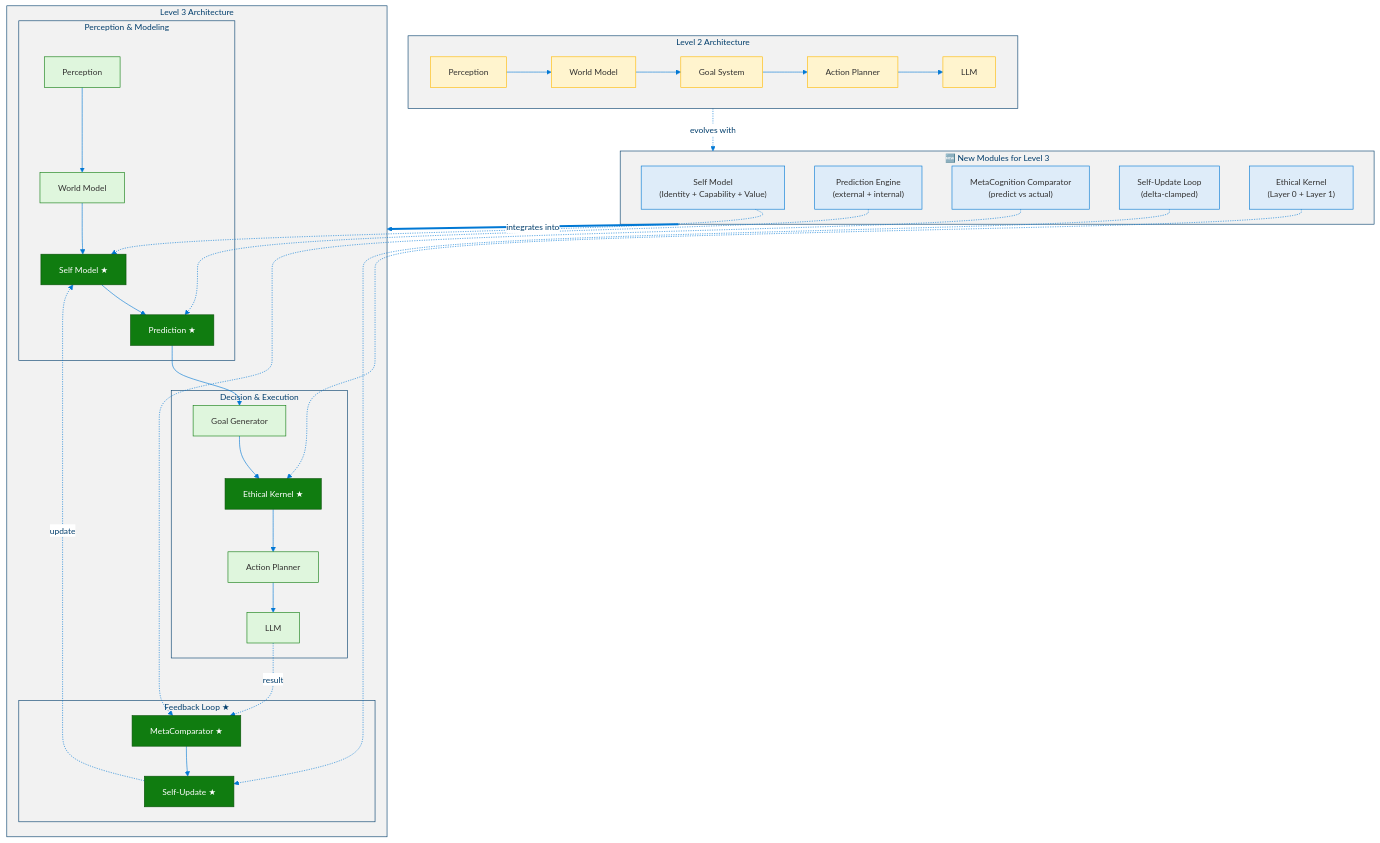
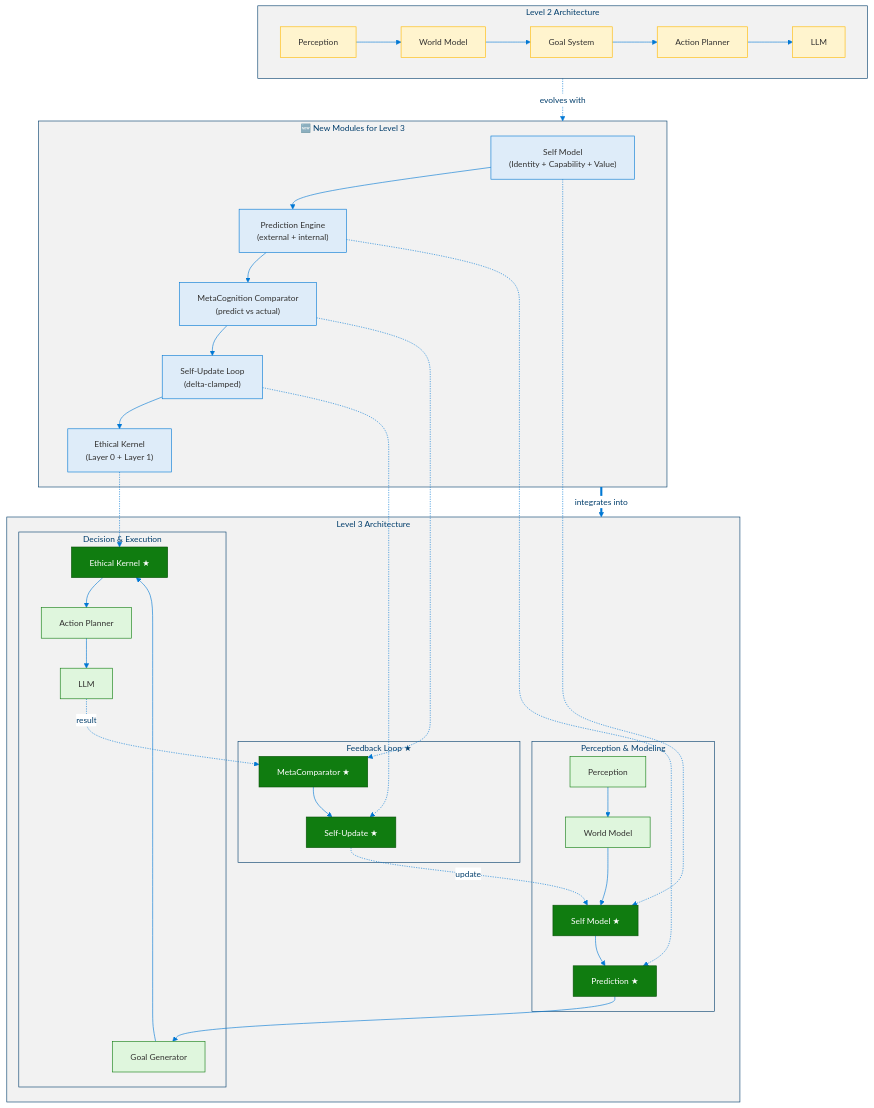
The eighth of 8 diagrams in docs/levels/Level_2_Autonomous_Agent.md (dotnetpower/mscp), drawn with Mermaid before and after one commit. The commit also changed other lines of this file and 2 other files, not shown here.

Commit message:
Enhance Mermaid diagrams in documentation by updating theme variables for improved visual consistency and clarity across Level 1, Level 2, and Level 3 architecture sections.

````diff
--- a/docs/levels/Level_2_Autonomous_Agent.md
+++ b/docs/levels/Level_2_Autonomous_Agent.md
@@ -666,62 +667,63 @@
 ```mermaid
 %%{init: {'theme': 'base', 'themeVariables': {'primaryColor': '#0078D4', 'primaryTextColor': '#003D6B', 'primaryBorderColor': '#003D6B', 'secondaryColor': '#50E6FF', 'secondaryTextColor': '#323130', 'secondaryBorderColor': '#00BCF2', 'tertiaryColor': '#F2F2F2', 'tertiaryTextColor': '#323130', 'lineColor': '#0078D4', 'textColor': '#323130', 'mainBkg': '#DEECF9', 'nodeBorder': '#0078D4', 'clusterBkg': '#F2F2F2', 'clusterBorder': '#003D6B', 'titleColor': '#003D6B', 'edgeLabelBackground': '#FFFFFF', 'fontSize': '14px'}}}%%
 flowchart TD
   classDef l2Light fill:#FFF4CE,stroke:#FFB900,color:#323130
   classDef newModule fill:#DEECF9,stroke:#0078D4,color:#323130
   classDef l3Light fill:#DFF6DD,stroke:#107C10,color:#323130
   classDef l3New fill:#107C10,stroke:#085108,color:#FFF
 
   subgraph L2Arch["Level 2 Architecture"]
     P2["Perception"]:::l2Light
     W2["World Model"]:::l2Light
     G2["Goal System"]:::l2Light
     A2["Action Planner"]:::l2Light
     C2["LLM"]:::l2Light
     P2 --> W2 --> G2 --> A2 --> C2
   end
 
   subgraph NewModules["🆕 New Modules for Level 3"]
     SM["Self Model<br/>(Identity + Capability + Value)"]:::newModule
     PE["Prediction Engine<br/>(external + internal)"]:::newModule
     MC["MetaCognition Comparator<br/>(predict vs actual)"]:::newModule
     SUL["Self-Update Loop<br/>(delta-clamped)"]:::newModule
     EK["Ethical Kernel<br/>(Layer 0 + Layer 1)"]:::newModule
+    SM --> PE --> MC --> SUL --> EK
   end
 
   subgraph L3Arch["Level 3 Architecture"]
     subgraph Row1["Perception & Modeling"]
       P3["Perception"]:::l3Light
       W3["World Model"]:::l3Light
       SM3["Self Model ★"]:::l3New
       PE3["Prediction ★"]:::l3New
       P3 --> W3 --> SM3 --> PE3
     end
 
     subgraph Row2["Decision & Execution"]
       G3["Goal Generator"]:::l3Light
       EK3["Ethical Kernel ★"]:::l3New
       A3["Action Planner"]:::l3Light
       C3["LLM"]:::l3Light
       G3 --> EK3 --> A3 --> C3
     end
 
     subgraph Row3["Feedback Loop ★"]
       MC3["MetaComparator ★"]:::l3New
       SUL3["Self-Update ★"]:::l3New
       MC3 --> SUL3
     end
 
     PE3 --> G3
     C3 -.->|result| MC3
     SUL3 -.->|update| SM3
   end
 
   L2Arch -.->|evolves with| NewModules
   NewModules ==>|integrates into| L3Arch
 
   SM -.-> SM3
   PE -.-> PE3
   MC -.-> MC3
   SUL -.-> SUL3
   EK -.-> EK3
 ```
````
